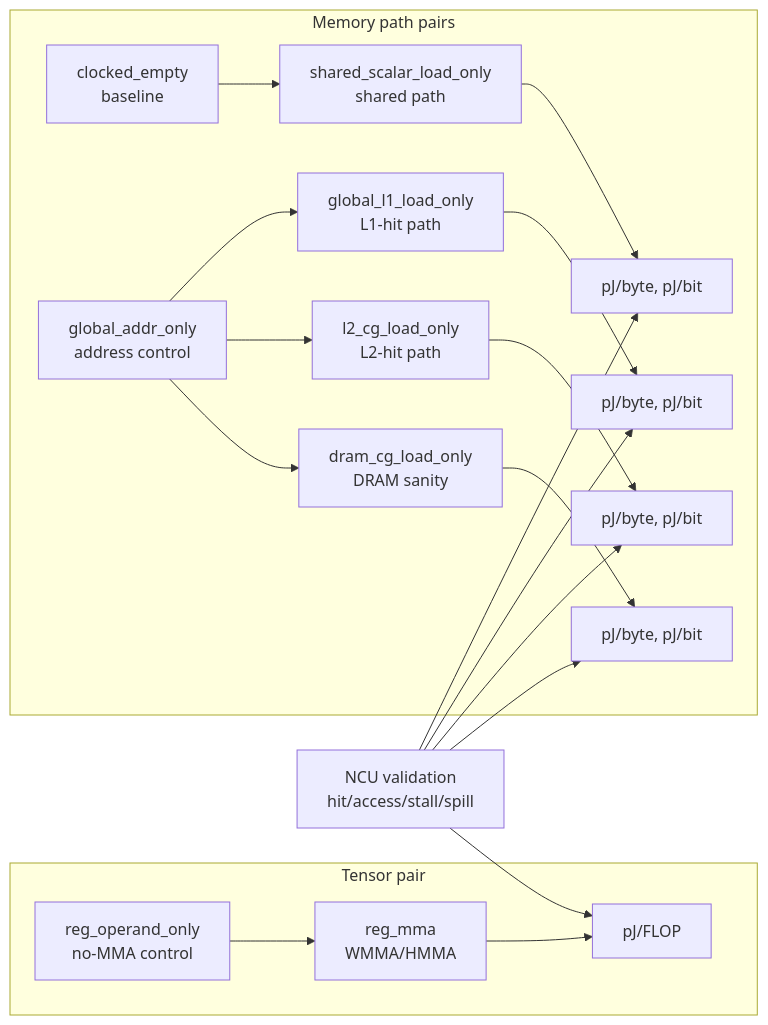
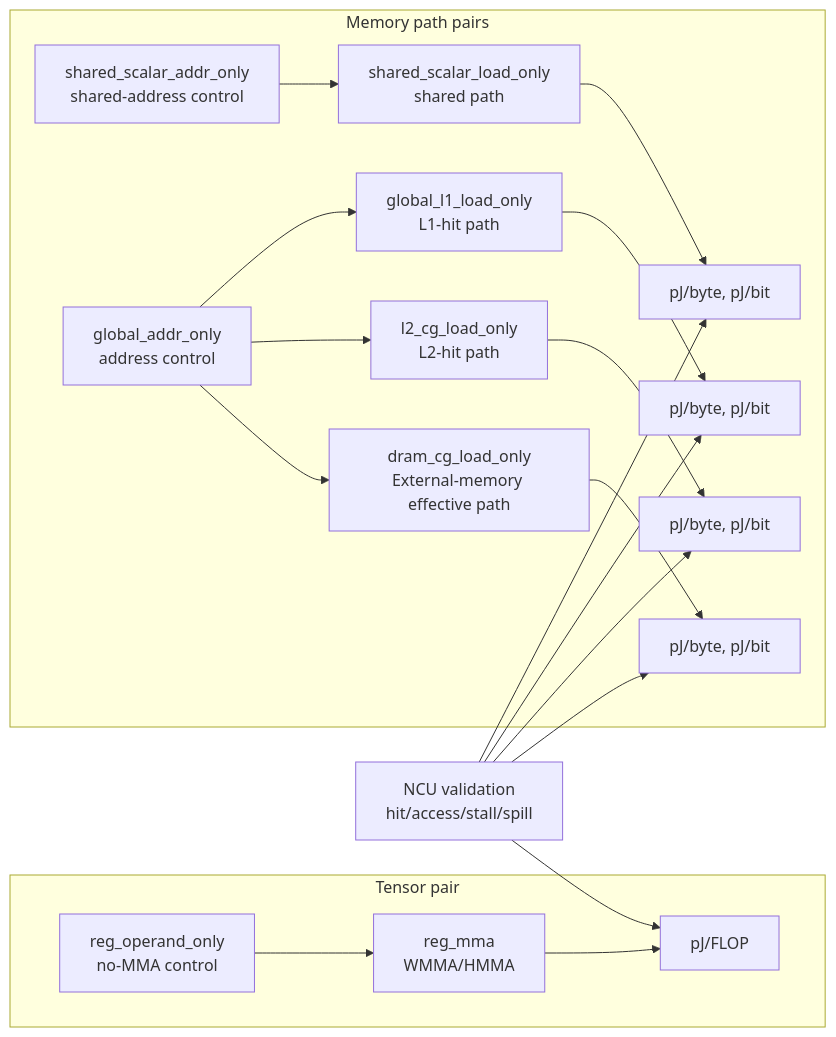
The second of 2 diagrams in docs/methodology/howitworks.md (bang001/gpupower0701), drawn with Mermaid before and after one commit. The commit also changed other lines of this file and 229 other files, not shown here.

Commit message:
Harden Tensor MMA and memory path validation

````diff
--- a/docs/methodology/howitworks.md
+++ b/docs/methodology/howitworks.md
@@ -868,26 +961,26 @@
 ```mermaid
 flowchart LR
   subgraph TensorPair[Tensor pair]
     RO[reg_operand_only<br/>no-MMA control] --> RM[reg_mma<br/>WMMA/HMMA]
     RM --> TF[pJ/FLOP]
   end
 
   subgraph MemoryPairs[Memory path pairs]
-    CE[clocked_empty<br/>baseline]
+    SA[shared_scalar_addr_only<br/>shared-address control]
     GA[global_addr_only<br/>address control]
-    CE --> SH[shared_scalar_load_only<br/>shared path]
+    SA --> SH[shared_scalar_load_only<br/>shared path]
     GA --> L1[global_l1_load_only<br/>L1-hit path]
     GA --> L2[l2_cg_load_only<br/>L2-hit path]
-    GA --> DR[dram_cg_load_only<br/>DRAM sanity]
+    GA --> DR[dram_cg_load_only<br/>External-memory effective path]
     SH --> SB[pJ/byte, pJ/bit]
     L1 --> L1B[pJ/byte, pJ/bit]
     L2 --> L2B[pJ/byte, pJ/bit]
     DR --> DB[pJ/byte, pJ/bit]
   end
 
   NCU[NCU validation<br/>hit/access/stall/spill] --> TF
   NCU --> SB
   NCU --> L1B
   NCU --> L2B
   NCU --> DB
 ```
````
